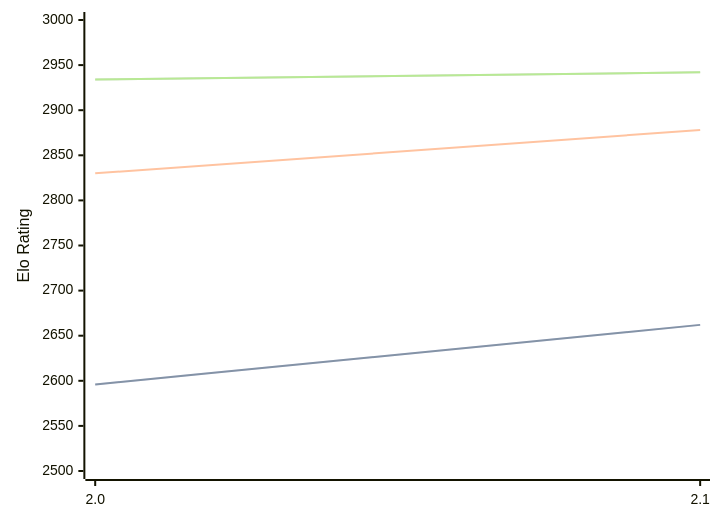
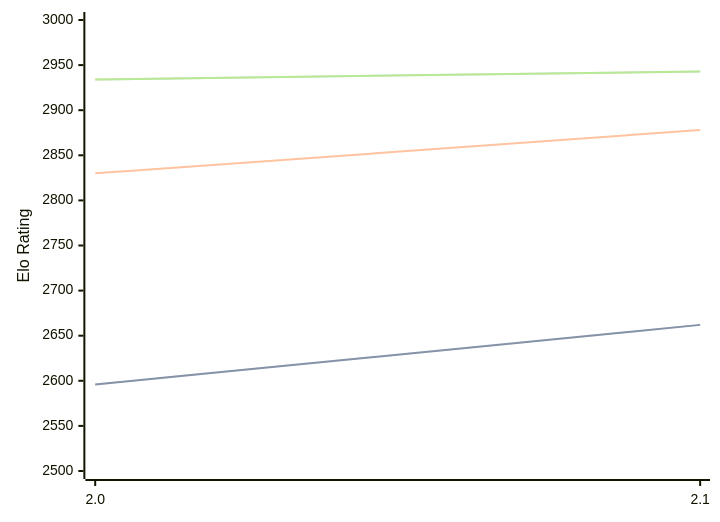
One commit to computer-chess-index/cci changed the diagram in engines/Noggin.md. Above: the diagram before and after it, drawn with Mermaid. The commit also changed other lines of this file, not shown here.

Commit message:
Update CCI Ratings (ELO VLTC) - 2026-08-30

````diff
--- a/engines/Noggin.md
+++ b/engines/Noggin.md
@@ -33,11 +33,11 @@
 ```mermaid
 %%{init: {"theme":"base","themeVariables":{"seriesColors:['#a3a3a3','#222221','#faa371']}}}%%
 xychart-beta
   x-axis ["2.0", "2.1"]
   y-axis "Elo Rating" 2500 --> 3000
   line "" [2596, 2662]
   line "STC (8.0+0.08s)" [2596, 2662]
   line "LTC (60.0+0.60s)" [2830, 2878]
-  line "" [2934, 2942]
-  line "VLTC (2m24s+1.12s)" [2934, 2942]
+  line "" [2934, 2943]
+  line "VLTC (2m24s+1.12s)" [2934, 2943]
 ```
````
